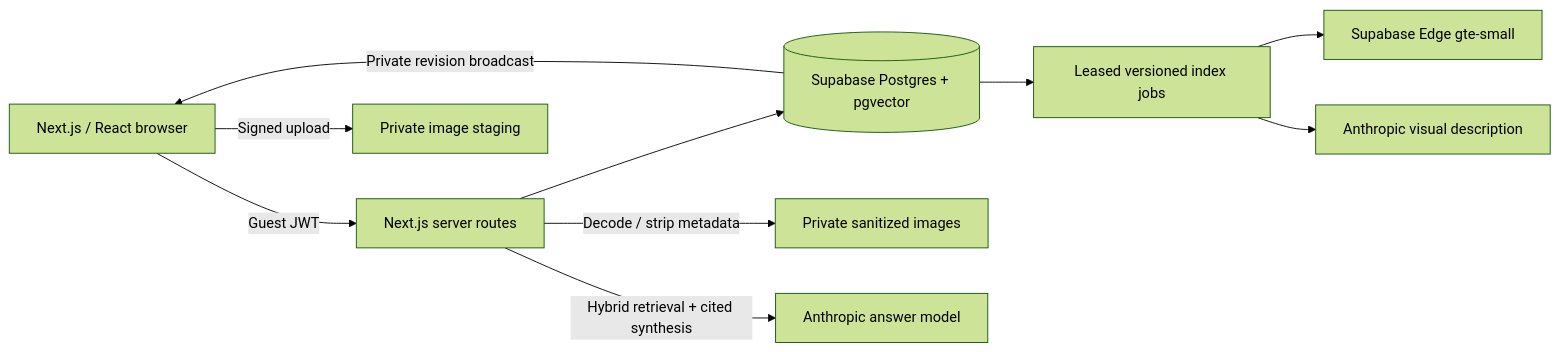
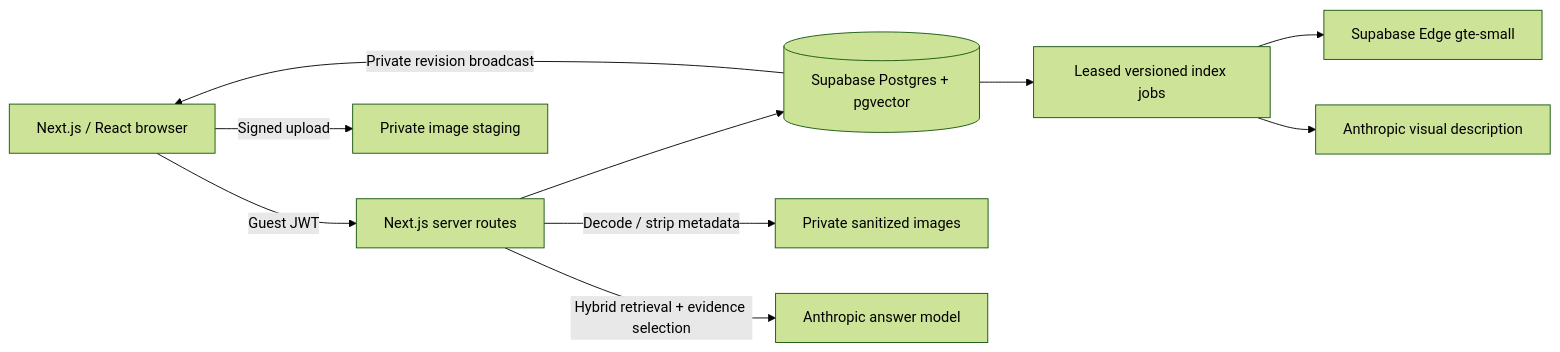
The diagram in README.md (ManagementMO/memory-box), drawn with Mermaid (forest theme) before and after one commit. The commit also changed other lines of this file and 7 other files, not shown here.

````diff
--- a/README.md
+++ b/README.md
@@ -33,12 +33,12 @@
 ```mermaid
 flowchart LR
   UI[Next.js / React browser] -->|Guest JWT| API[Next.js server routes]
   UI -->|Signed upload| Staging[Private image staging]
   API --> DB[(Supabase Postgres + pgvector)]
   DB -->|Private revision broadcast| UI
   API -->|Decode / strip metadata| Images[Private sanitized images]
   DB --> Jobs[Leased versioned index jobs]
   Jobs --> Embed[Supabase Edge gte-small]
   Jobs --> Vision[Anthropic visual description]
-  API -->|Hybrid retrieval + cited synthesis| Claude[Anthropic answer model]
+  API -->|Hybrid retrieval + evidence selection| Claude[Anthropic answer model]
 ```
````
